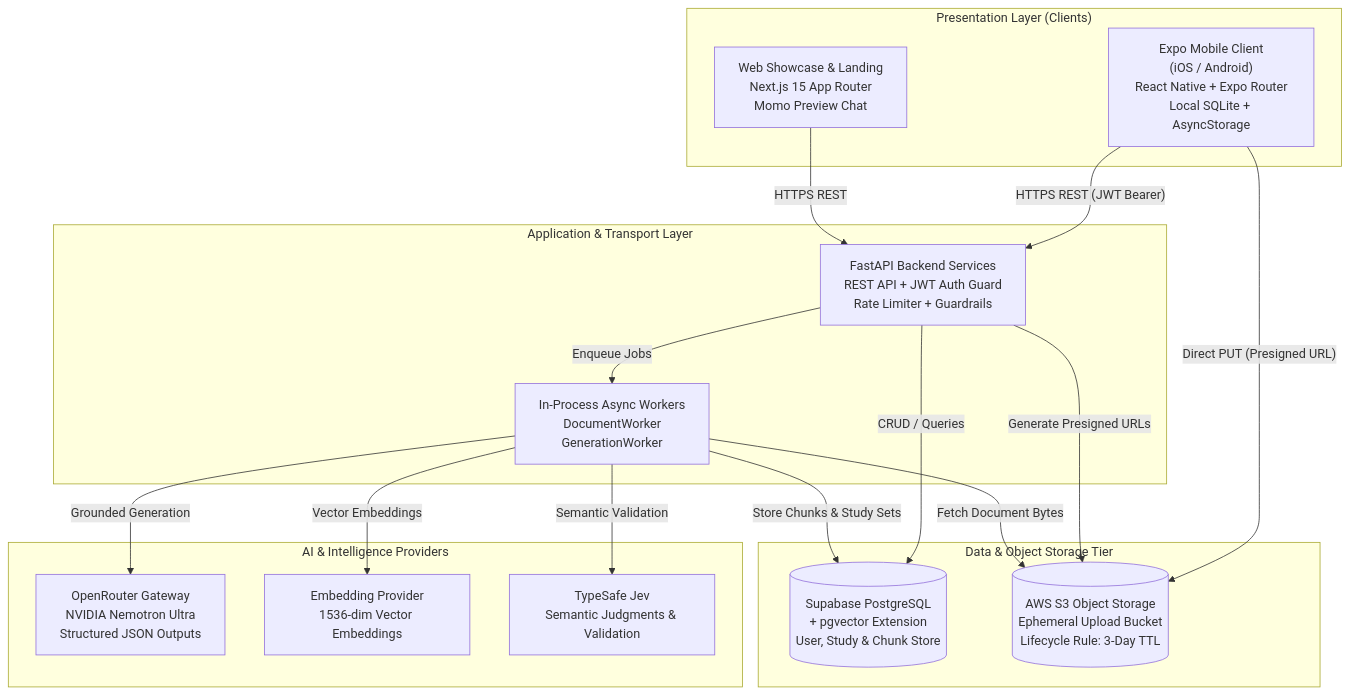
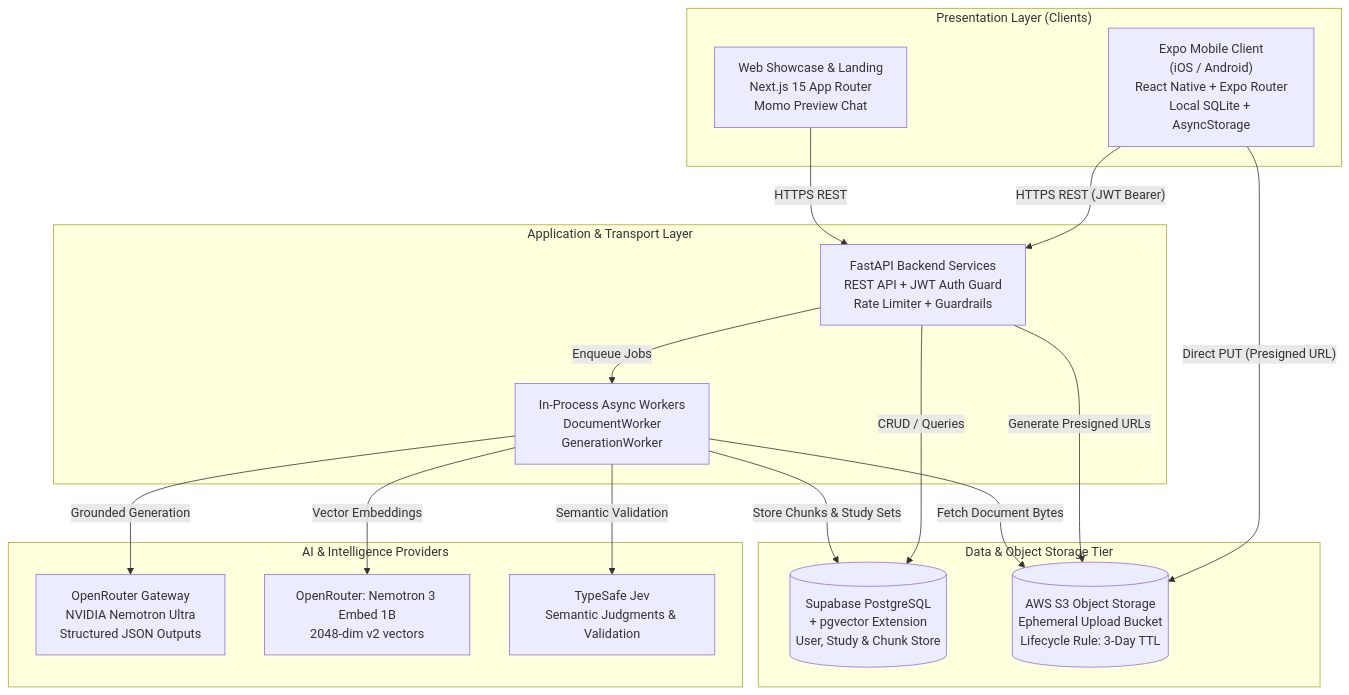
Before and after one commit to hiroqt/momo: the first of 6 diagrams in ARCHITECTURE.md, drawn with Mermaid. The commit also changed other lines of this file and 4 other files, not shown here.

````diff
--- a/ARCHITECTURE.md
+++ b/ARCHITECTURE.md
@@ -39,40 +39,40 @@
 ```mermaid
 flowchart TD
     subgraph Clients["Presentation Layer (Clients)"]
         Mobile["Expo Mobile Client\n(iOS / Android)\nReact Native + Expo Router\nLocal SQLite + AsyncStorage"]
         Web["Web Showcase & Landing\nNext.js 15 App Router\nMomo Preview Chat"]
     end
 
     subgraph API["Application & Transport Layer"]
         FastAPI["FastAPI Backend Services\nREST API + JWT Auth Guard\nRate Limiter + Guardrails"]
         Workers["In-Process Async Workers\nDocumentWorker\nGenerationWorker"]
     end
 
     subgraph Storage["Data & Object Storage Tier"]
         PG[("Supabase PostgreSQL\n+ pgvector Extension\nUser, Study & Chunk Store")]
         S3[("AWS S3 Object Storage\nEphemeral Upload Bucket\nLifecycle Rule: 3-Day TTL")]
     end
 
     subgraph AI["AI & Intelligence Providers"]
         OpenRouter["OpenRouter Gateway\nNVIDIA Nemotron Ultra\nStructured JSON Outputs"]
-        Embeddings["Embedding Provider\n1536-dim Vector Embeddings"]
+        Embeddings["OpenRouter: Nemotron 3 Embed 1B\n2048-dim v2 vectors"]
         Jev["TypeSafe Jev\nSemantic Judgments & Validation"]
     end
 
     %% Client to API
     Mobile -->|"HTTPS REST (JWT Bearer)"| FastAPI
     Web -->|"HTTPS REST"| FastAPI
     Mobile -->|"Direct PUT (Presigned URL)"| S3
 
     %% API to Storage & Workers
     FastAPI -->|"Enqueue Jobs"| Workers
     FastAPI -->|"CRUD / Queries"| PG
     FastAPI -->|"Generate Presigned URLs"| S3
 
     %% Workers to Infrastructure & AI
     Workers -->|"Fetch Document Bytes"| S3
     Workers -->|"Store Chunks & Study Sets"| PG
     Workers -->|"Vector Embeddings"| Embeddings
     Workers -->|"Grounded Generation"| OpenRouter
     Workers -->|"Semantic Validation"| Jev
 ```
````
